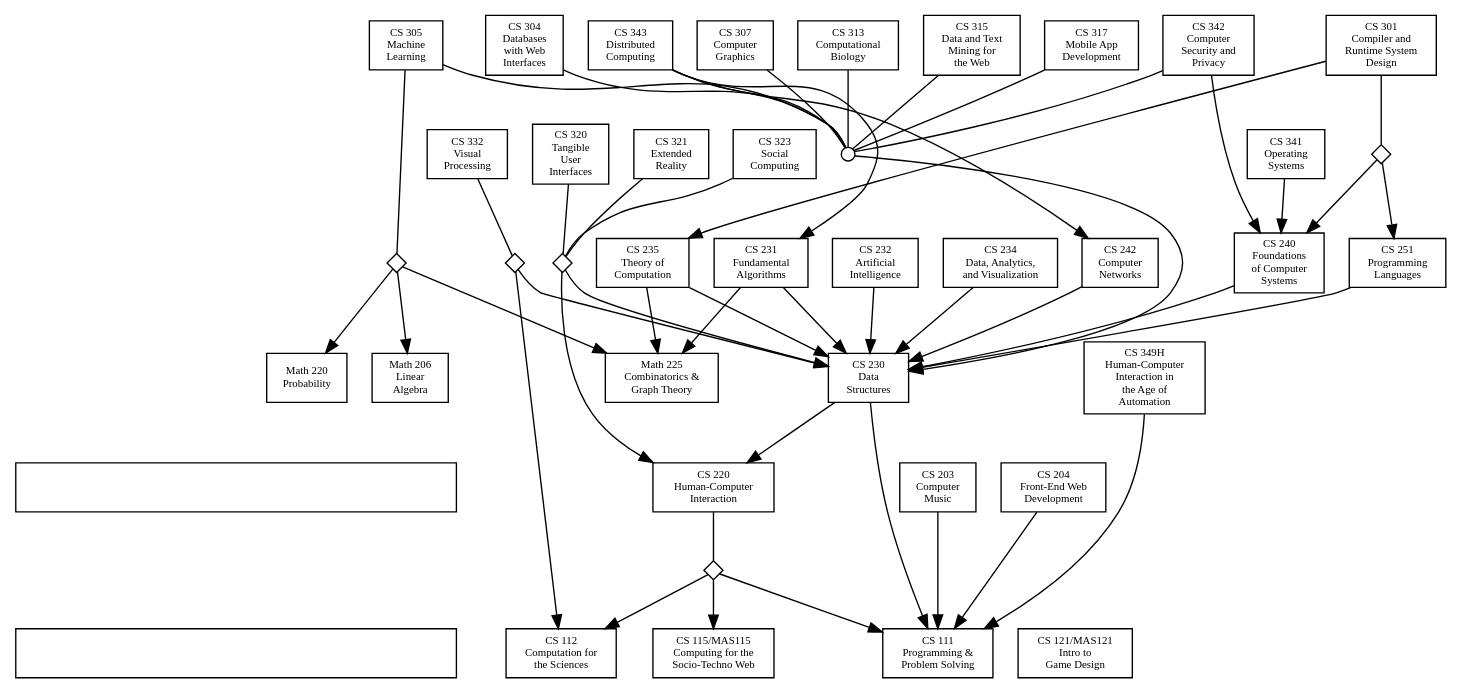
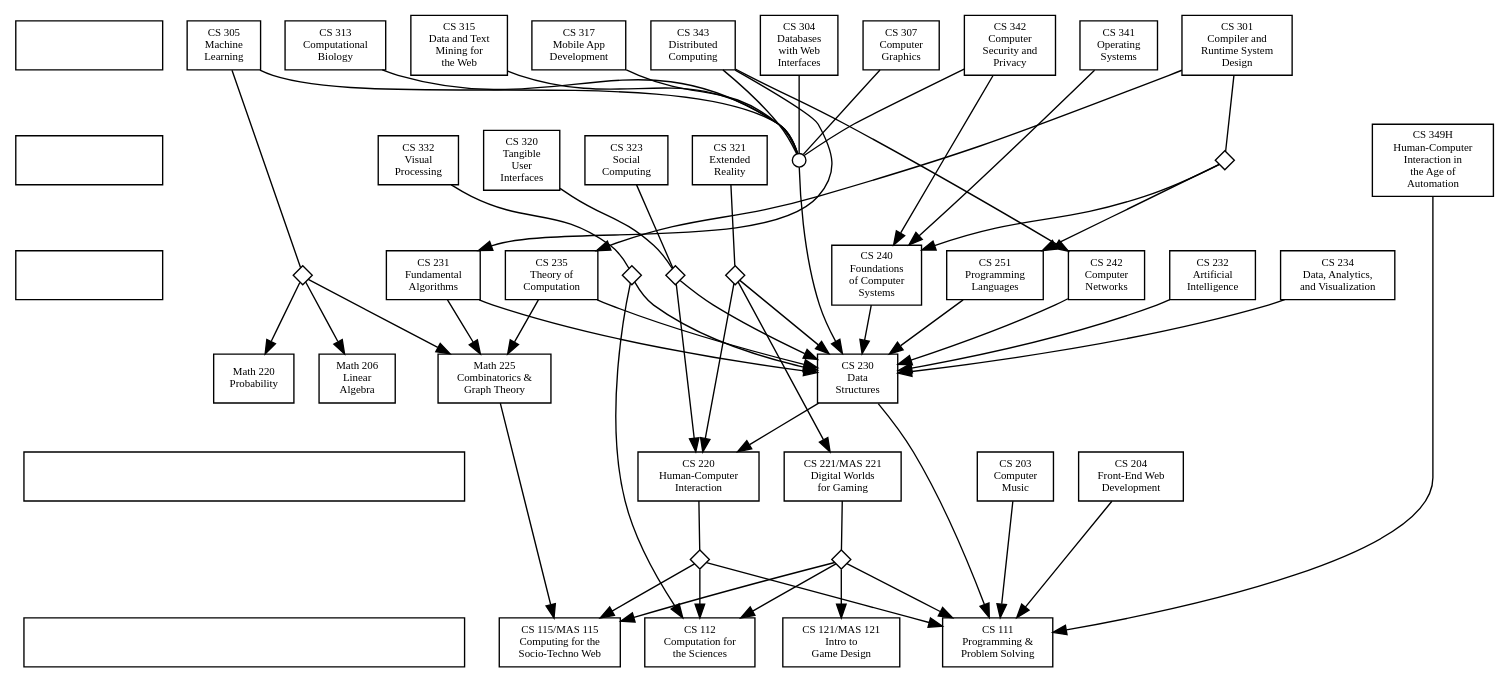
One commit to solsword/prereqs changed the diagram in prereqs.dot. Above: the diagram before and after it, drawn with Graphviz. The commit also changed 6 other files, not shown here.

```diff
--- a/prereqs.dot
+++ b/prereqs.dot
@@ -1,133 +1,156 @@
 digraph Course_Prerequisites {
   // graph [splines=ortho] // don't use curved edges (but this is bad)
 
   // Default properties for every node
   node [shape="rectangle", fontsize="8", style="filled", fillcolor="white"];
 
-  // Node for the descriptions to be placed into
+  // Nodes for the descriptions to be placed into
+  // Note: width of these nodes should be adjusted as necessary when the
+  // graph layout changes.
   desctop [label="", class="desc-top", width=4.5]
   descbot [label="", class="desc-bot", width=4.5]
   desctop -> descbot [style="invis"]
 
+  // Nodes for the legend to be placed onto
+  legend_top [label="", class="legend-top", width=1.5]
+  legend_mid [label="", class="legend-mid", width=1.5]
+  legend_bot [label="", class="legend-bot", width=1.5]
+  legend_top -> legend_mid [style="invis"]
+  legend_mid -> legend_bot [style="invis"]
+
   // Nodes (classes plus grouping nodes)
   cs111 [label="CS 111\nProgramming &\nProblem Solving", class="core intro"]
   cs112 [label="CS 112\nComputation for\nthe Sciences", class="intro notoffered"]
-  cs115 [label="CS 115/MAS115\nComputing for the\nSocio-Techno Web", class="intro"]
-  cs121 [label="CS 121/MAS121\nIntro to\nGame Design", class="intro"]
+  cs115 [label="CS 115/MAS 115\nComputing for the\nSocio-Techno Web", class="intro"]
+  cs121 [label="CS 121/MAS 121\nIntro to\nGame Design", class="intro"]
 
+  cs221 [label="CS 221/MAS 221\nDigital Worlds\nfor Gaming", class="elective spring"]
+  any100 [label="", shape="diamond", width="0.2", height="0.2", class="opt"]
   cs230 [label="CS 230\nData\nStructures", class="core"]
   cs230up [label="", shape="circle", width="0.14", height="0.14", class="group"]
   cs240 [label="CS 240\nFoundations\nof Computer\nSystems", class="core"]
   cs231 [label="CS 231\nFundamental\nAlgorithms", class="core"]
   cs235 [label="CS 235\nTheory of\nComputation", class="core"]
   cs251 [label="CS 251\nProgramming\nLanguages", class="core"] 
-  cs230 -> cs220 [class="invisible"] // forces an extra level
 
   math225 [label="Math 225\nCombinatorics &\nGraph Theory", class="math required"]
   math206 [label="Math 206\nLinear\nAlgebra", class="math"]
   math220 [label="Math 220\nProbability", class="math"]
 
   cs203 [label="CS 203\nComputer\nMusic", class="elective spring"]
   cs204 [label="CS 204\nFront-End Web\nDevelopment", class="elective fall"]
   cs220 [label="CS 220\nHuman-Computer\nInteraction", class="elective"]
   cs111or112or115 [label="", shape="diamond", width="0.2", height="0.2", class="opt"]
   cs232 [label="CS 232\nArtificial\nIntelligence", class="elective spring"]
   cs234 [label="CS 234\nData, Analytics,\nand Visualization", class="elective fall"]
   cs242 [label="CS 242\nComputer\nNetworks", class="elective fall"]
 
   cs301 [label="CS 301\nCompiler and\nRuntime System\nDesign", class="elective spring"]
   cs240or251 [label="", shape="diamond", width="0.2", height="0.2", class="opt"]
   cs304 [label="CS 304\nDatabases\nwith Web\nInterfaces", class="elective"]
   cs305 [label="CS 305\nMachine\nLearning", class="elective notoffered"]
   math225or206or220 [label="", shape="diamond", width="0.2", height="0.2", class="opt"]
   cs307 [label="CS 307\nComputer\nGraphics", class="elective spring"]
   cs313 [label="CS 313\nComputational\nBiology", class="elective notoffered"]
   cs315 [label="CS 315\nData and Text\nMining for\nthe Web", class="elective fall"]
   cs317 [label="CS 317\nMobile App\nDevelopment", class="elective spring"]
   cs230or220 [label="", shape="diamond", width="0.2", height="0.2", class="opt"]
+  cs230or220or221 [label="", shape="diamond", width="0.2", height="0.2", class="opt"]
   cs320 [label="CS 320\nTangible\nUser\nInterfaces", class="elective fall"]
   cs321 [label="CS 321\nExtended\nReality", class="elective spring"]
   cs323 [label="CS 323\nSocial\nComputing", class="elective notoffered"]
 
   cs332 [label="CS 332\nVisual\nProcessing", class="elective fall"]
   cs112or230 [label="", shape="diamond", width="0.2", height="0.2", class="opt"]
   cs341 [label="CS 341\nOperating\nSystems", class="elective fall"]
   cs342 [label="CS 342\nComputer\nSecurity and\nPrivacy", class="elective fall"]
   cs343 [label="CS 343\nDistributed\nComputing", class="elective notoffered"]
   cs349H [label="CS 349H\nHuman-Computer\nInteraction in\nthe Age of\nAutomation", class="elective spring"]
 
   // Arrangement of the nodes into rank groups
   {rank=same cs111 cs112 cs115 cs121 descbot}
 
-  {rank=same cs203 cs204 cs220 desctop}
+  {rank=same
+    cs203 cs204 cs220 cs221
+    desctop
+  }
+
+  cs230 -> cs220 [class="invisible"] // forces an extra level
 
   {rank=same
     cs230
     math206 math220 math225
-    cs349H
   }
+
+  math225 -> cs115 [class="invisible"] // pulls nodes together horizontally
 
   {rank=same
     cs240
     cs231 cs235 cs251
     cs232 cs234 cs242
-  }
-
-  {rank=same
-    cs301
-    cs317
-
-    cs304 cs305 cs307
-    cs313 cs315
-    cs342 cs343
+    legend_bot
   }
 
   {rank=same
     cs320 cs321 cs323
     cs332
+    cs349H
+    cs230up
+    legend_mid
+  }
+
+  {rank=same
+    cs301
+    cs304 cs305 cs307
+    cs313 cs315
+    cs317
     cs341
+    cs342 cs343
+    legend_top
   }
 
   // Edges (course prerequisites)
-  // In some ca
   cs203 -> cs111
   cs204 -> cs111
   cs220 -> cs111or112or115 [arrowhead="none", class="options"]
   cs111or112or115 -> { cs111, cs112, cs115 } [class="option"]
+  cs221 -> any100 [arrowhead="none", class="options"]
+  any100 -> { cs111, cs112, cs115, cs121 } [class="option"]
 
   cs230 -> cs111
   cs230up -> cs230
   cs240 -> cs230
   cs231 -> { cs230, math225 }
   cs235 -> { cs230, math225 }
   cs251 -> cs230
 
   cs232 -> cs230
   cs234 -> cs230
   cs242 -> cs230
 
   cs301 -> cs240or251 [arrowhead="none", class="options"]
   cs240or251 -> { cs240, cs251 } [class="option"]
   cs301 -> cs235 [class="recommended" constraint=false]
   cs304 -> cs230up [arrowhead="none", class="grouping"]
   cs305 -> cs230up [arrowhead="none", class="grouping"]
   cs305 -> math225or206or220 [arrowhead="none", class="options"]
   math225or206or220 -> { math225, math206, math220 } [class="option"]
   cs307 -> cs230up [arrowhead="none", class="grouping"]
   cs317 -> cs230up [arrowhead="none", class="grouping"]
 
   cs313 -> cs230up [arrowhead="none", class="grouping"]
   cs315 -> cs230up [arrowhead="none", class="grouping"]
   cs320 -> cs230or220 [arrowhead="none", class="options"]
   cs230or220 -> { cs220, cs230 } [class="option"]
-  cs321 -> cs230or220 [arrowhead="none", class="options"]
+  cs230or220or221 -> { cs220, cs221, cs230 } [class="option"]
+  cs321 -> cs230or220or221 [arrowhead="none", class="options"]
   cs323 -> cs230or220 [arrowhead="none", class="options"]
   cs332 -> cs112or230 [arrowhead="none", class="options"]
   cs112or230 -> { cs112, cs230 } [class="option"]
   cs341 -> cs240
   cs342 -> cs230up [arrowhead="none", class="grouping"]
   cs342 -> cs240
   cs343 -> cs230up [arrowhead="none", class="grouping"]
   cs343 -> { cs231, cs242 } [class="recommended" constraint=false]
   cs349H -> cs111 // Much more complicated than this!
 }
```
